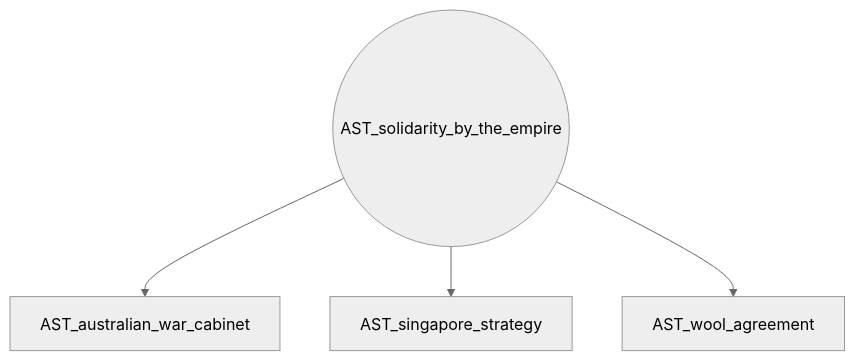
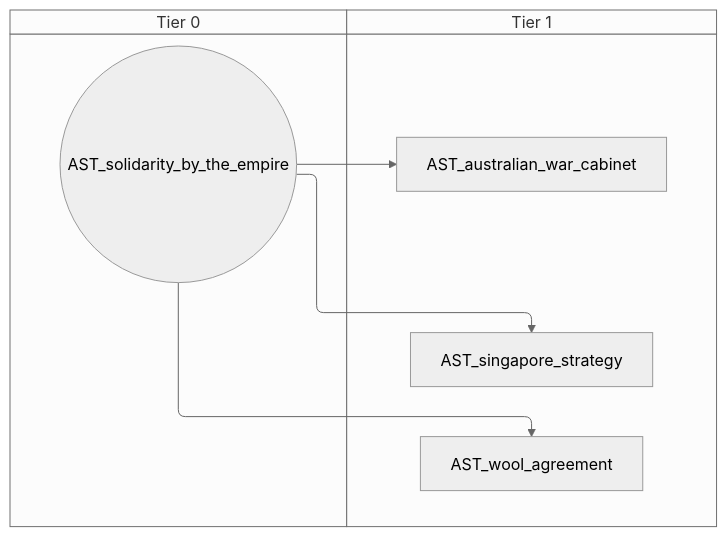
One commit to evgeny-sobol/hoi4-sandbox-mode-r56 changed diagram 12 of 15 in docs/gdd/National Focuses/r56/australia_taog.md. Above: the diagram before and after it, drawn with Mermaid (neutral theme). The commit also changed other lines of this file and 423 other files, not shown here.

First line of the commit message:
Re-export Rt56 focus trees as swimlane diagrams

````diff
--- a/docs/gdd/National Focuses/r56/australia_taog.md
+++ b/docs/gdd/National Focuses/r56/australia_taog.md
@@ -561,10 +675,14 @@
 ```mermaid
-flowchart TD
-    n198["AST_australian_war_cabinet"]
-    n199["AST_singapore_strategy"]
-    n200(("AST_solidarity_by_the_empire"))
-    n201["AST_wool_agreement"]
-    n200 --> n198
-    n200 --> n199
-    n200 --> n201
+swimlane-beta TD
+    subgraph tier_0["Tier 0"]
+        n198(("AST_solidarity_by_the_empire"))
+    end
+    subgraph tier_1["Tier 1"]
+        n199["AST_australian_war_cabinet"]
+        n200["AST_singapore_strategy"]
+        n201["AST_wool_agreement"]
+    end
+    n198 --> n199
+    n198 --> n200
+    n198 --> n201
 ```
````
